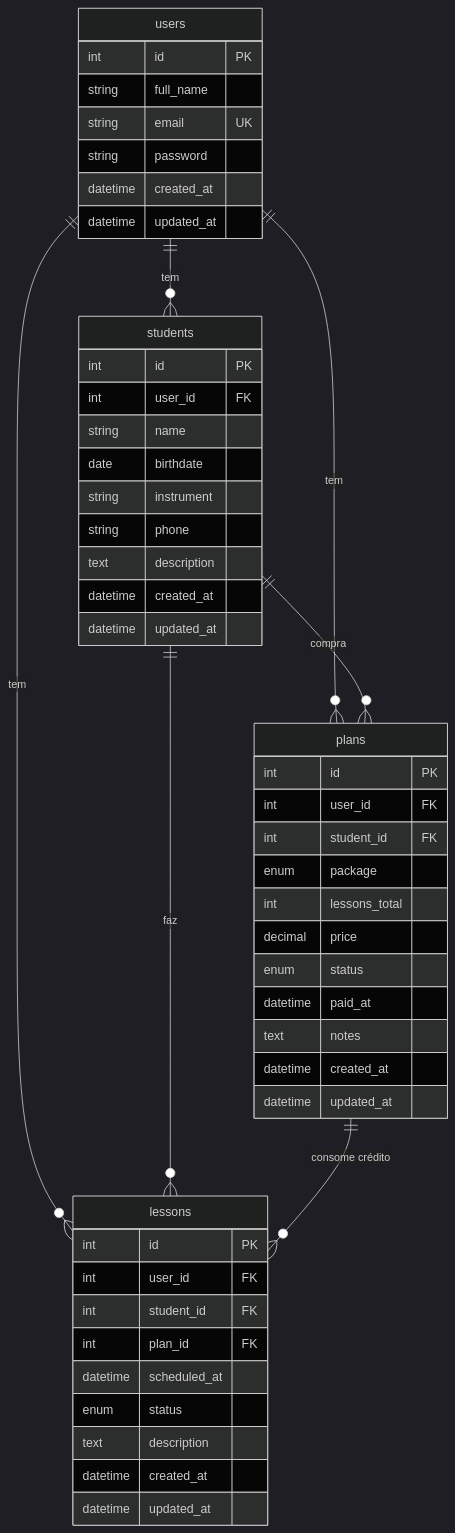
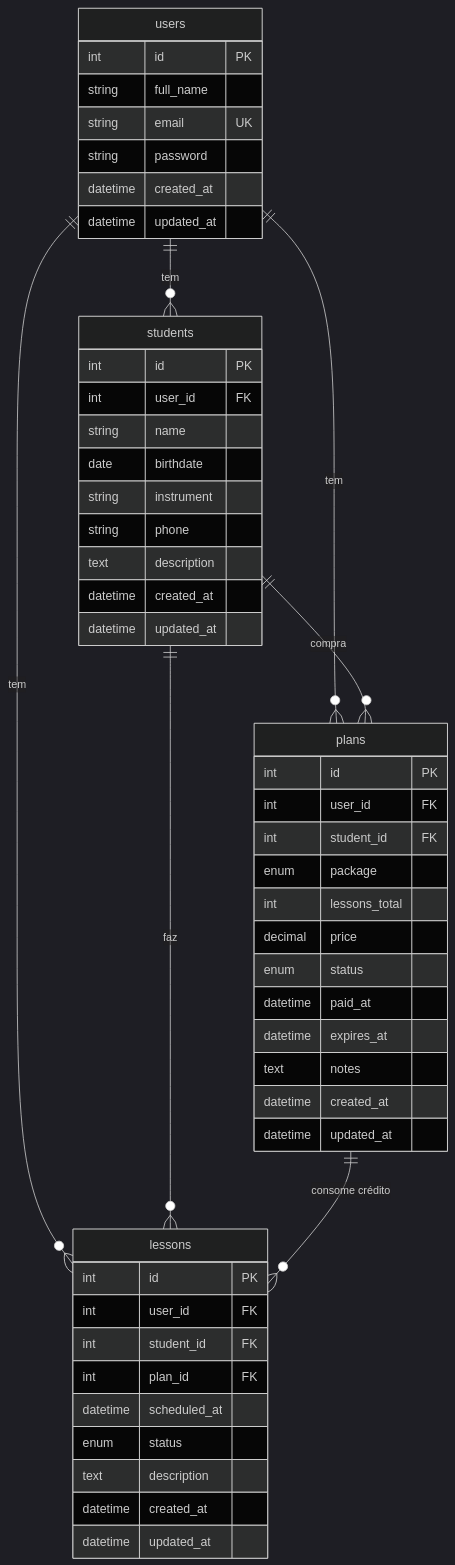
The first of 2 diagrams in docs/modelo.md (Caiokl3i/music-class), drawn with Mermaid (dark theme) before and after one commit. The commit also changed other lines of this file and 41 other files, not shown here.

````diff
--- a/docs/modelo.md
+++ b/docs/modelo.md
@@ -35,56 +35,57 @@
 ```mermaid
 erDiagram
     users ||--o{ students : "tem"
     users ||--o{ plans : "tem"
     users ||--o{ lessons : "tem"
     students ||--o{ plans : "compra"
     students ||--o{ lessons : "faz"
     plans ||--o{ lessons : "consome crédito"
 
     users {
         int id PK
         string full_name
         string email UK
         string password
         datetime created_at
         datetime updated_at
     }
 
     students {
         int id PK
         int user_id FK
         string name
         date birthdate
         string instrument
         string phone
         text description
         datetime created_at
         datetime updated_at
     }
 
     plans {
         int id PK
         int user_id FK
         int student_id FK
         enum package
         int lessons_total
         decimal price
         enum status
         datetime paid_at
+        datetime expires_at
         text notes
         datetime created_at
         datetime updated_at
     }
 
     lessons {
         int id PK
         int user_id FK
         int student_id FK
         int plan_id FK
         datetime scheduled_at
         enum status
         text description
         datetime created_at
         datetime updated_at
     }
 ```
````
